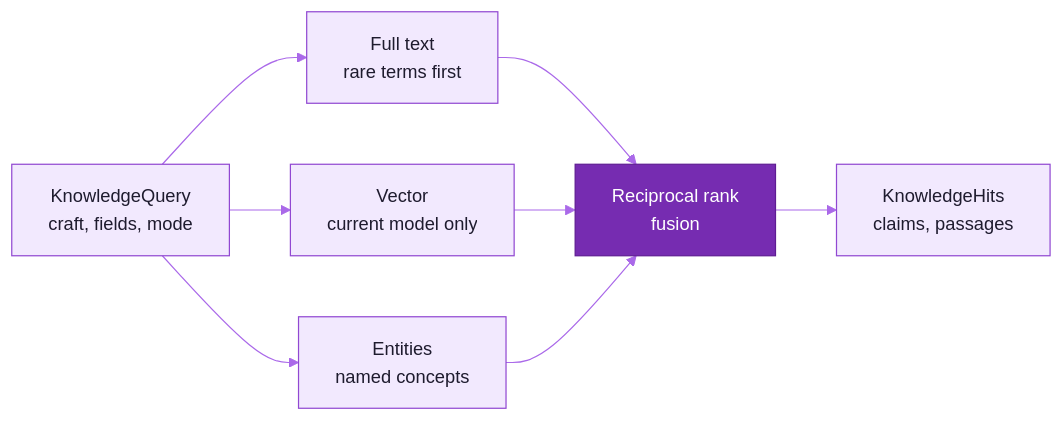
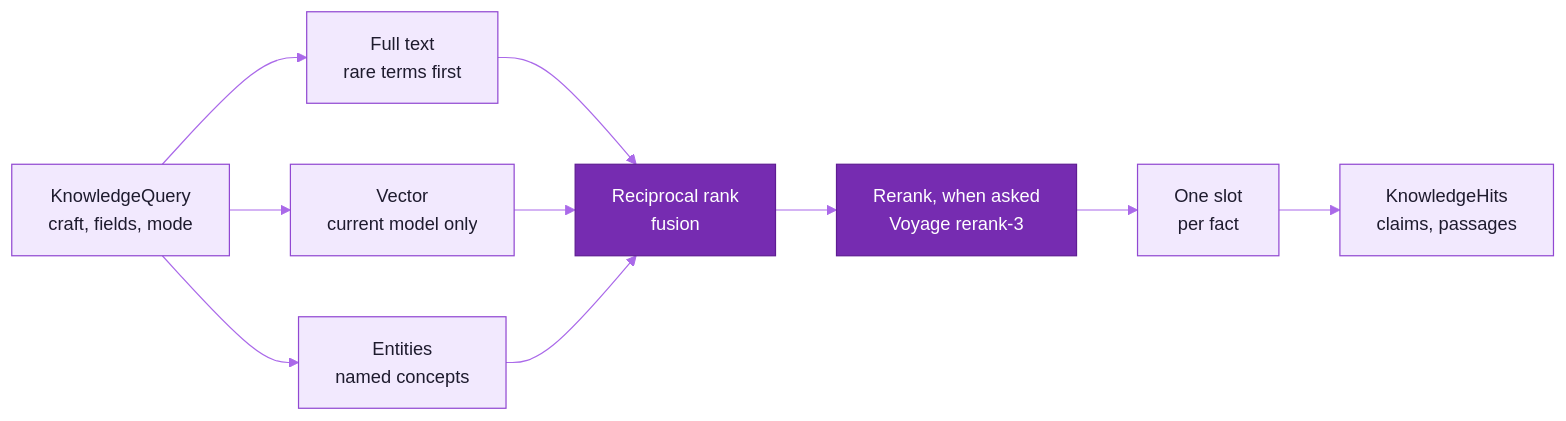
The diagram in docs/contracts/retrieval.md (ankits1802/science-behind-craft), drawn with Mermaid before and after one commit. The commit also changed other lines of this file and 39 other files, not shown here.

````diff
--- a/docs/contracts/retrieval.md
+++ b/docs/contracts/retrieval.md
@@ -24,13 +27,15 @@
 ```mermaid
 %%{init: {"theme":"base","fontFamily":"Inter, ui-sans-serif, system-ui, -apple-system, Segoe UI, Roboto, Helvetica, Arial, sans-serif","themeVariables":{"fontSize":"15px","primaryColor":"#F2E9FE","primaryTextColor":"#1E1B2E","primaryBorderColor":"#9148D2","secondaryColor":"#FAEECD","secondaryTextColor":"#1E1B2E","secondaryBorderColor":"#CD9200","tertiaryColor":"#F3F1FA","tertiaryTextColor":"#1E1B2E","tertiaryBorderColor":"#A7A3BC","mainBkg":"#F2E9FE","nodeBorder":"#9148D2","nodeTextColor":"#1E1B2E","lineColor":"#AA69E9","textColor":"#857F9E","edgeLabelBackground":"#F9F5FF","clusterBkg":"#F9F5FF","clusterBorder":"#D6B6FB","titleColor":"#762CB1"}}}%%
 flowchart LR
   Q["KnowledgeQuery<br/>craft, fields, mode"] --> K["Full text<br/>rare terms first"]
   Q --> V["Vector<br/>current model only"]
   Q --> E["Entities<br/>named concepts"]
   K --> F["Reciprocal rank<br/>fusion"]
   V --> F
   E --> F
-  F --> H["KnowledgeHits<br/>claims, passages"]
+  F --> R["Rerank, when asked<br/>Voyage rerank-3"]
+  R --> C["One slot<br/>per fact"]
+  C --> H["KnowledgeHits<br/>claims, passages"]
   classDef accent fill:#762CB1,stroke:#5F1C93,color:#FFFFFF
-  class F accent
+  class F,R accent
 ```
````
